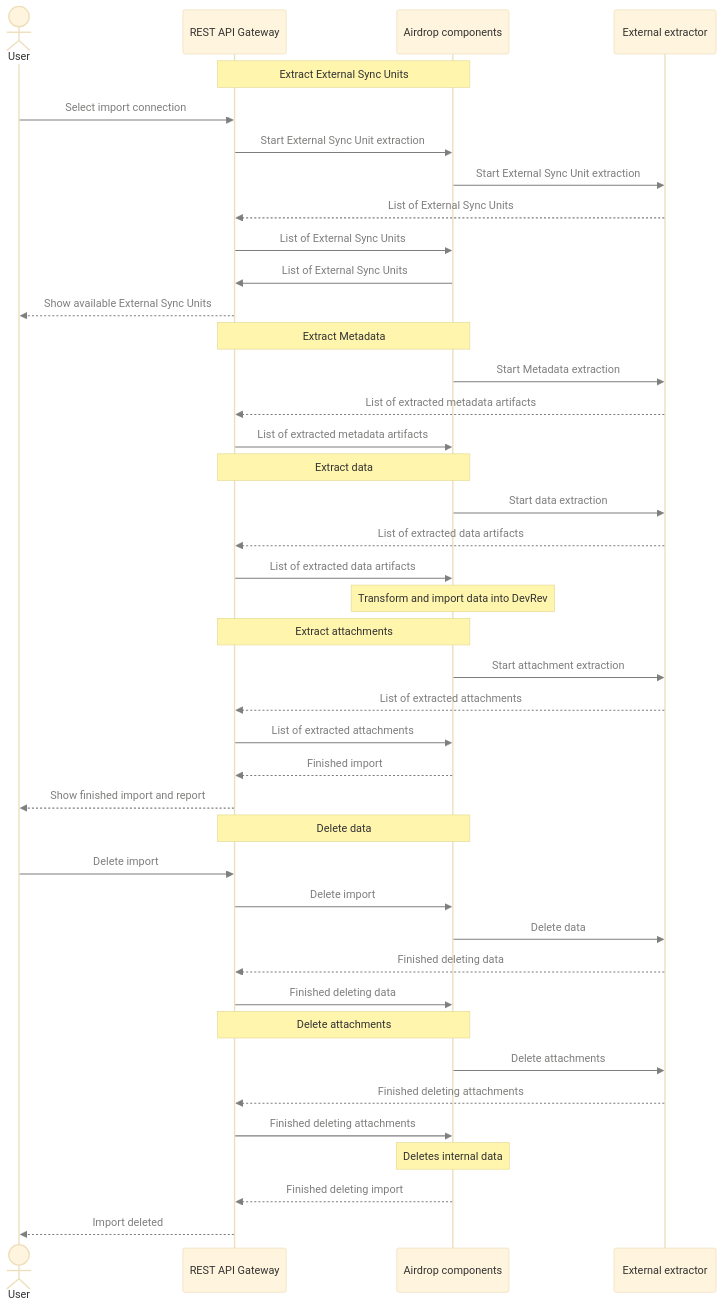
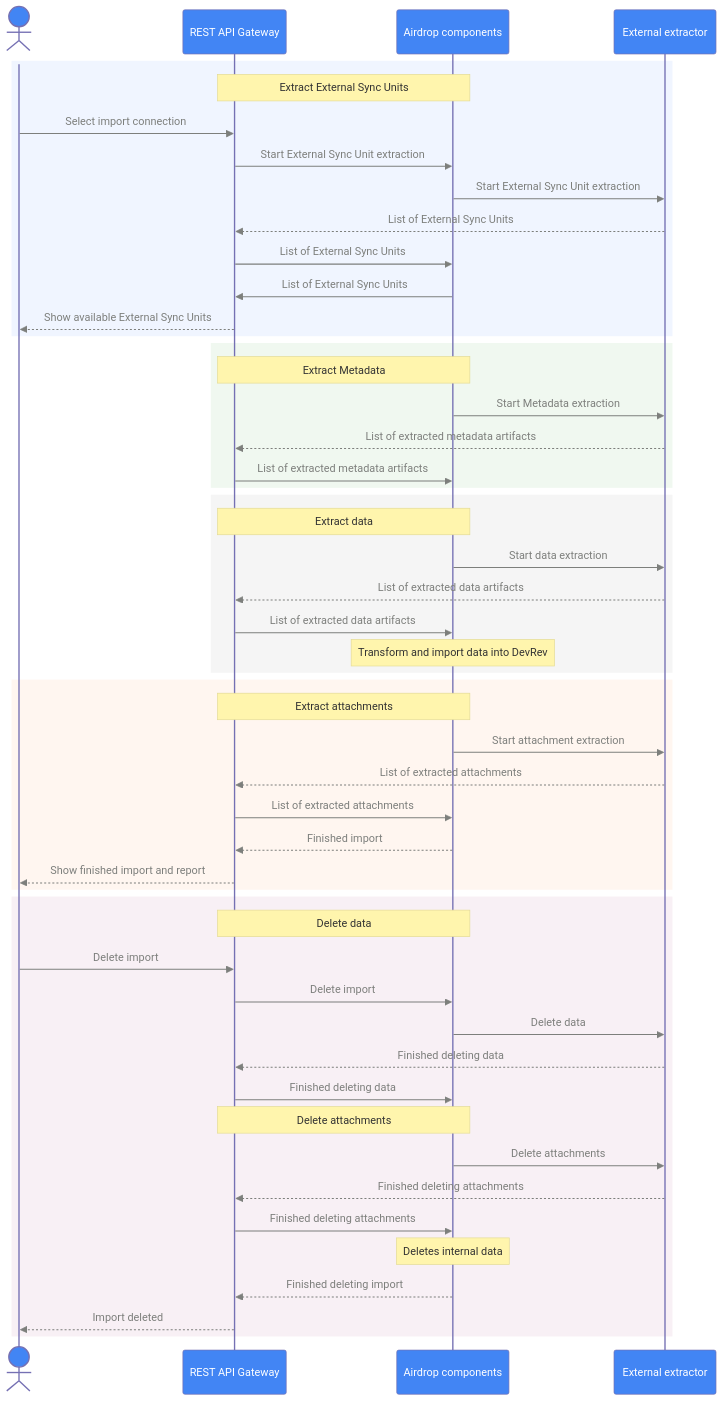
The diagram in fern/docs/pages/airdrop/extraction-phases.mdx (devrev/fern-api-docs), drawn with Mermaid before and after one commit.

Commit message:
Make diagram look better

````diff
--- a/fern/docs/pages/airdrop/extraction-phases.mdx
+++ b/fern/docs/pages/airdrop/extraction-phases.mdx
@@ -10,59 +10,74 @@
 ```mermaid
 sequenceDiagram
 %%{init: {
     'theme': 'base',
     'themeVariables': {
         'fontFamily': 'Segoe UI',
+        'primaryColor': '#4285F4',
+        'primaryTextColor': '#fff',
+        'primaryBorderColor': '#7570b3',
+        'lineColor': '#555',
+        'secondaryColor': '#f8f8f8',
+        'tertiaryColor': '#f4f4f4',
         'signalColor': '#7d7f7c',
         'signalTextColor': '#7d7f7c'
 }}}%%
   actor user as User
   participant gw as REST API Gateway
   participant ad as Airdrop components
   participant ee as External extractor
 
-	note over gw,ad: Extract External Sync Units
+  rect rgb(240, 245, 255)
+  note over gw,ad: Extract External Sync Units
 	user ->> gw: Select import connection
 	gw ->> ad: Start External Sync Unit extraction
 	ad ->> ee: Start External Sync Unit extraction
 	ee -->> gw: List of External Sync Units
 	gw ->> ad: List of External Sync Units
 	ad ->> gw: List of External Sync Units
 	gw -->> user: Show available External Sync Units
+  end
 
-
+  rect rgb(240, 248, 240)
 	note over gw,ad: Extract Metadata
 	ad ->> ee: Start Metadata extraction
 	ee -->> gw: List of extracted metadata artifacts
 	gw ->> ad: List of extracted metadata artifacts
+  end
 
+  rect rgb(245, 245, 245)
 	note over gw,ad: Extract data
 	ad ->> ee: Start data extraction
 	ee -->> gw: List of extracted data artifacts
 	gw ->> ad: List of extracted data artifacts
 
 	note over ad: Transform and import data into DevRev
+  end
 
+  rect rgb(255, 246, 240)
 	note over gw,ad: Extract attachments
 	ad ->> ee: Start attachment extraction
 	ee -->> gw: List of extracted attachments
 	gw ->> ad: List of extracted attachments
 
 	ad -->> gw: Finished import
 	gw -->> user: Show finished import and report
+  end
 
+  rect rgb(248, 240, 245)
 	note over gw,ad: Delete data
 	user ->> gw: Delete import
 	gw ->> ad: Delete import
 	ad ->> ee: Delete data
 	ee -->> gw: Finished deleting data
 	gw ->> ad: Finished deleting data
 
 	note over gw,ad: Delete attachments
 	ad ->> ee: Delete attachments
 	ee -->> gw: Finished deleting attachments
 	gw ->> ad: Finished deleting attachments
 	note over ad: Deletes internal data
 	ad -->> gw: Finished deleting import
 	gw -->> user: Import deleted
+  end
 ```
````
